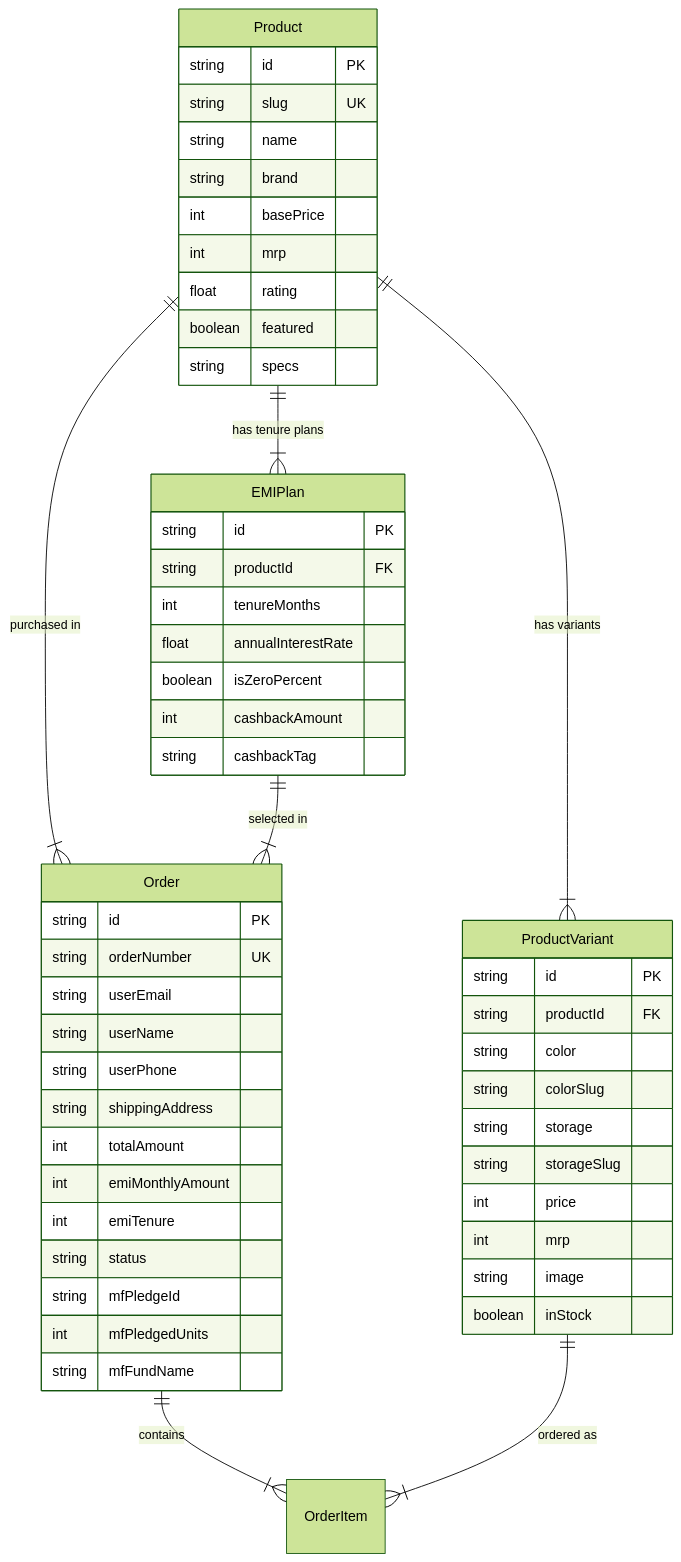
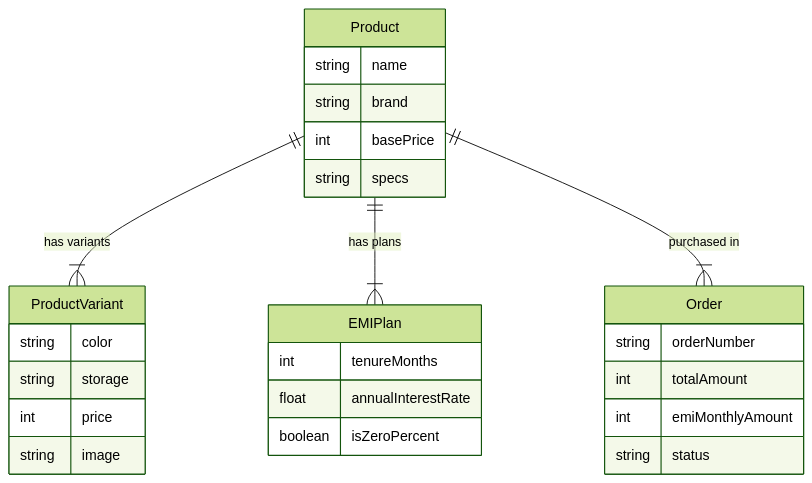
One commit to suryanshag-git/smartphone-store changed the third of 3 diagrams in README.md. Above: the diagram before and after it, drawn with Mermaid (forest theme). The commit also changed other lines of this file, not shown here.

Commit message:
docs: simplify README diagrams and update project documentation

````diff
--- a/README.md
+++ b/README.md
@@ -151,60 +90,33 @@
 ```mermaid
 erDiagram
     Product ||--|{ ProductVariant : "has variants"
-    Product ||--|{ EMIPlan : "has tenure plans"
+    Product ||--|{ EMIPlan : "has plans"
     Product ||--|{ Order : "purchased in"
-    EMIPlan ||--|{ Order : "selected in"
-    Order ||--|{ OrderItem : "contains"
-    ProductVariant ||--|{ OrderItem : "ordered as"
 
     Product {
-        string id PK
-        string slug UK
         string name
         string brand
         int basePrice
-        int mrp
-        float rating
-        boolean featured
         string specs
     }
 
     ProductVariant {
-        string id PK
-        string productId FK
         string color
-        string colorSlug
         string storage
-        string storageSlug
         int price
-        int mrp
         string image
-        boolean inStock
     }
 
     EMIPlan {
-        string id PK
-        string productId FK
         int tenureMonths
         float annualInterestRate
         boolean isZeroPercent
-        int cashbackAmount
-        string cashbackTag
     }
 
     Order {
-        string id PK
-        string orderNumber UK
-        string userEmail
-        string userName
-        string userPhone
-        string shippingAddress
+        string orderNumber
         int totalAmount
         int emiMonthlyAmount
-        int emiTenure
         string status
-        string mfPledgeId
-        int mfPledgedUnits
-        string mfFundName
     }
 ```
````
